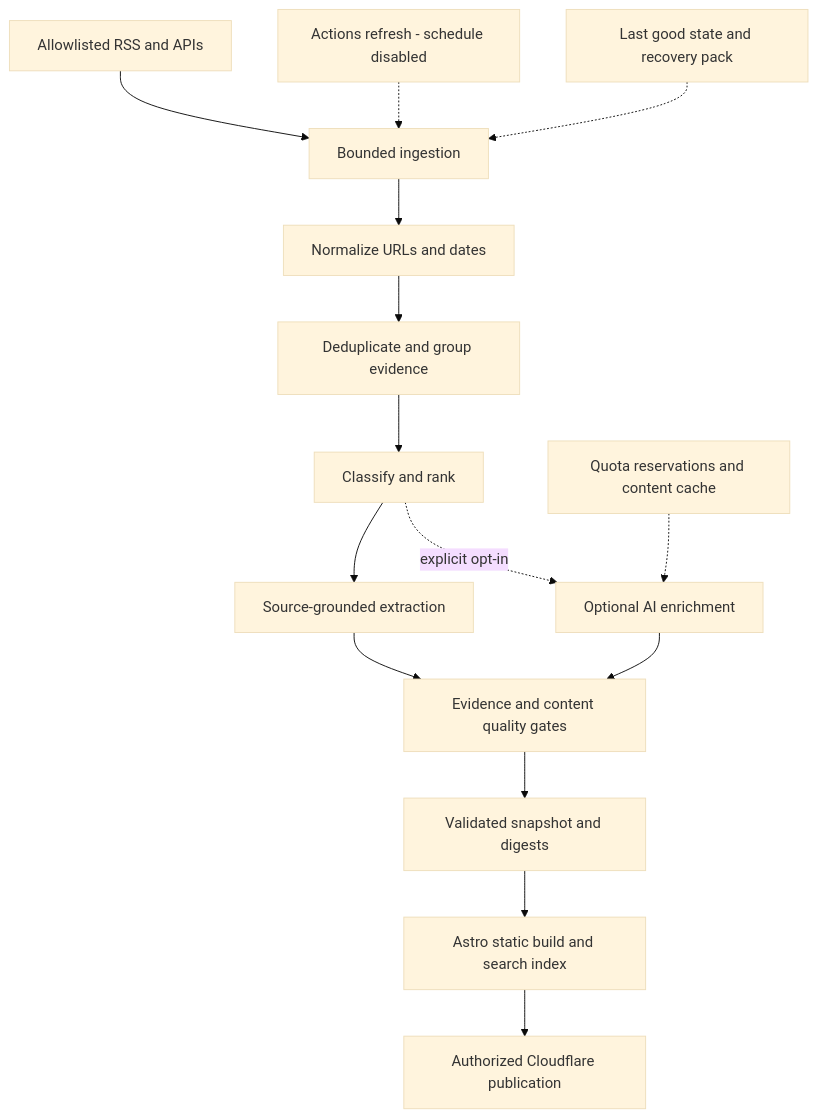
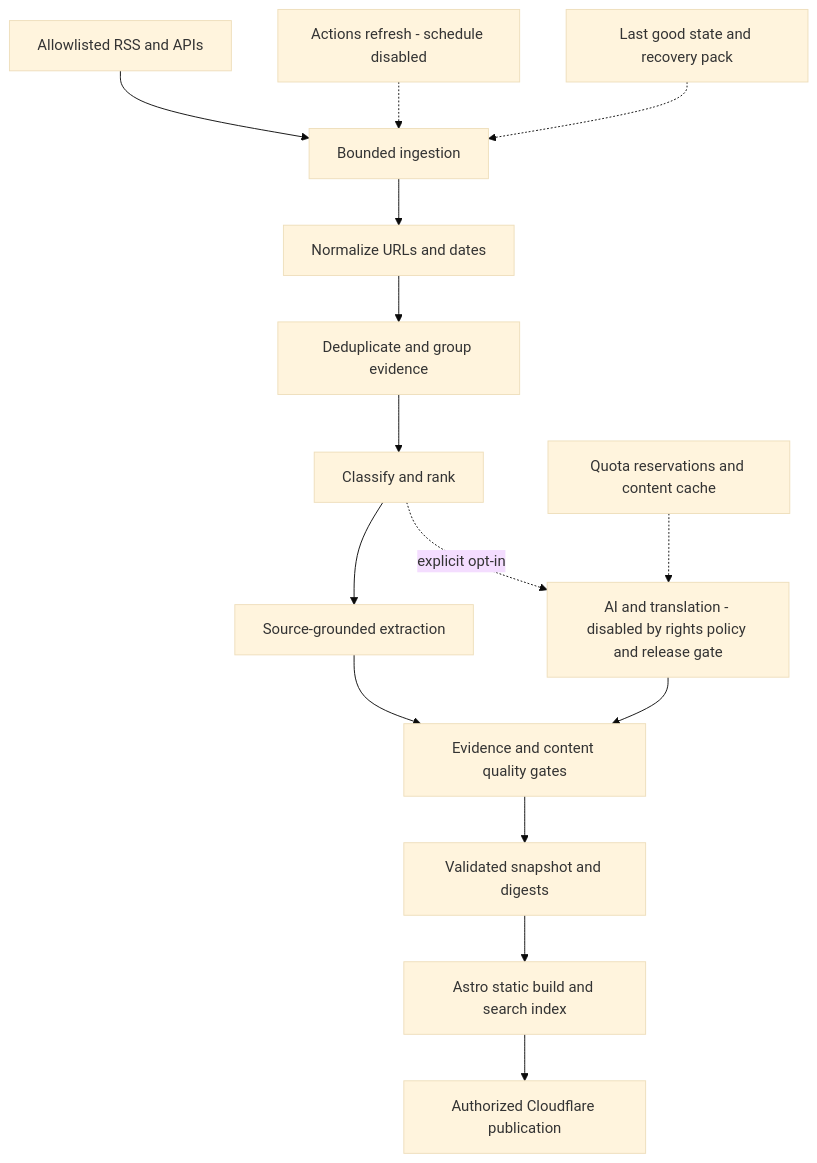
One commit to NafisAfzal/techline-today changed the diagram in README.md. Above: the diagram before and after it, drawn with Mermaid (base theme). The commit also changed other lines of this file and 48 other files, not shown here.

````diff
--- a/README.md
+++ b/README.md
@@ -33,17 +33,17 @@
 ```mermaid
 flowchart TD
     S[Allowlisted RSS and APIs] --> I[Bounded ingestion]
     I --> N[Normalize URLs and dates]
     N --> D[Deduplicate and group evidence]
     D --> C[Classify and rank]
     C --> E[Source-grounded extraction]
-    C -. explicit opt-in .-> A[Optional AI enrichment]
+    C -. explicit opt-in .-> A[AI and translation - disabled by rights policy and release gate]
     Q[Quota reservations and content cache] -.-> A
     A --> G[Evidence and content quality gates]
     E --> G
     G --> J[Validated snapshot and digests]
     J --> B[Astro static build and search index]
     B --> P[Authorized Cloudflare publication]
     T[Actions refresh - schedule disabled] -.-> I
     R[Last good state and recovery pack] -.-> I
 ```
````
